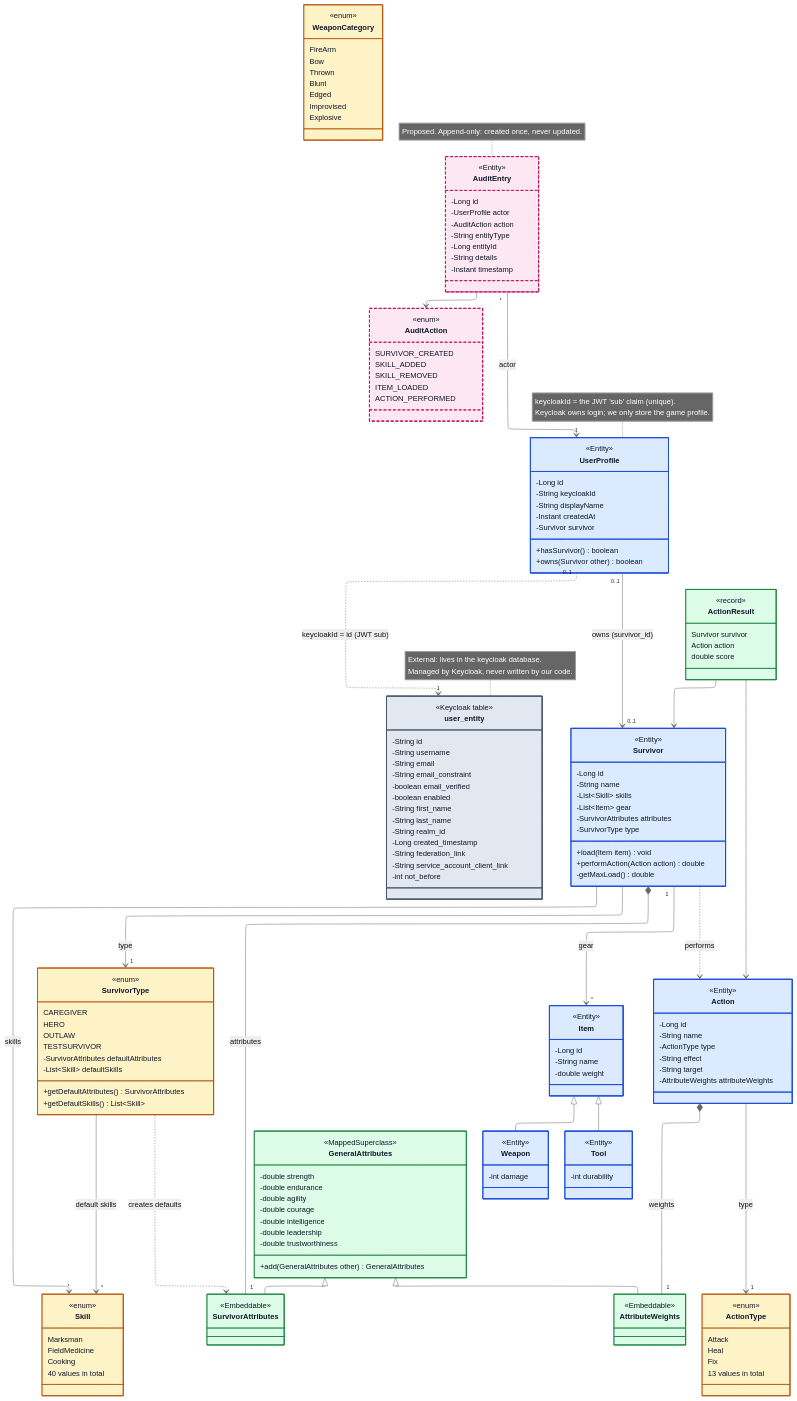
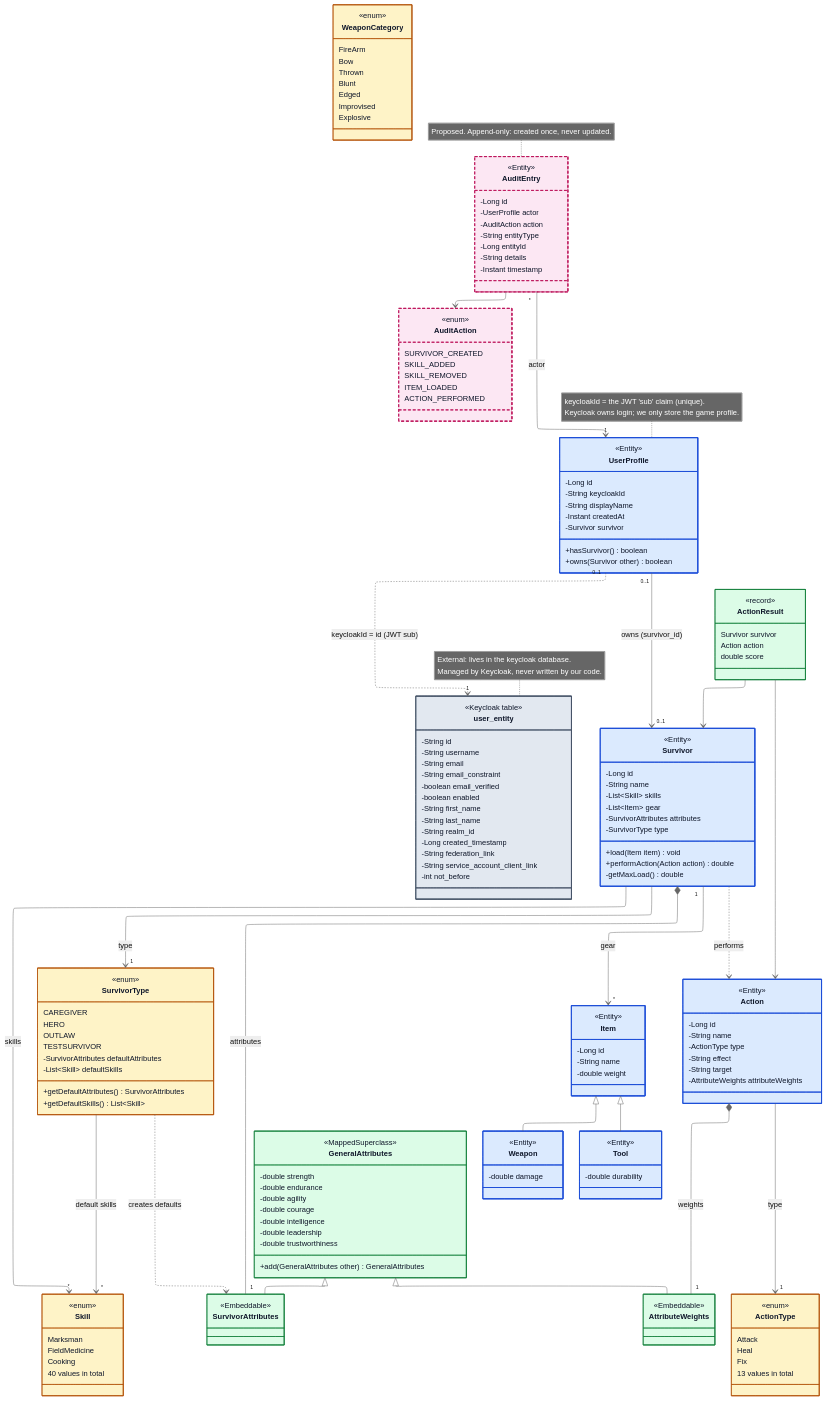
Before and after one commit to deanvons/ZombieApocolypseJavaEdition: the diagram in shared docs/class-diagram.md, drawn with Mermaid. The commit also changed 5 other files, not shown here.

Commit message:
REFACTOR: change damage type from Integer to Double in item-related classes

```diff
--- a/shared docs/class-diagram.md
+++ b/shared docs/class-diagram.md
@@ -127,11 +127,11 @@
     }
     class Weapon {
         <<Entity>>
-        -int damage
+        -double damage
     }
     class Tool {
         <<Entity>>
-        -int durability
+        -double durability
     }
     class WeaponCategory {
         <<enum>>
```
